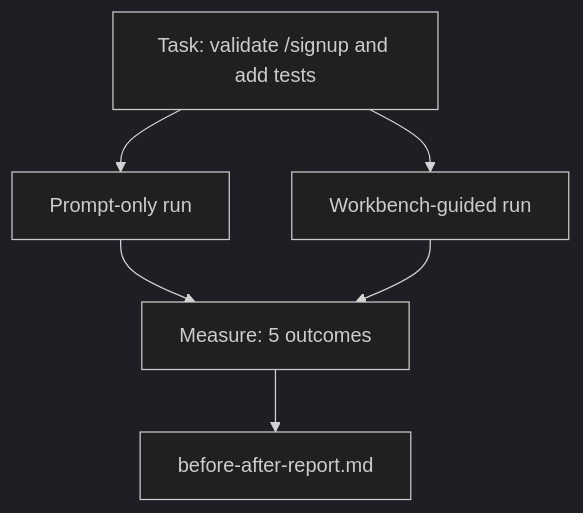
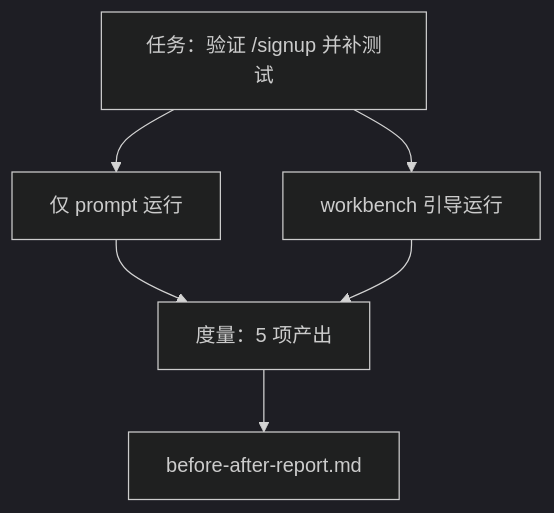
The diagram in phases/14-agent-engineering/41-workbench-for-real-repos/docs/zh.md (JerryC8080/ai-engineering-from-scratch-zh), drawn with Mermaid (dark theme) before and after one commit. The commit also changed 156 other files, not shown here.

First line of the commit message:
i18n(zh): translate mermaid diagram labels in 157 lesson zh.md

````diff
--- a/phases/14-agent-engineering/41-workbench-for-real-repos/docs/zh.md
+++ b/phases/14-agent-engineering/41-workbench-for-real-repos/docs/zh.md
@@ -27,8 +27,8 @@
 ```mermaid
 flowchart TD
-  Task[Task: validate /signup and add tests] --> A[Prompt-only run]
-  Task --> B[Workbench-guided run]
-  A --> M[Measure: 5 outcomes]
+  Task[任务：验证 /signup 并补测试] --> A[仅 prompt 运行]
+  Task --> B[workbench 引导运行]
+  A --> M[度量：5 项产出]
   B --> M
   M --> Report[before-after-report.md]
 ```
````
